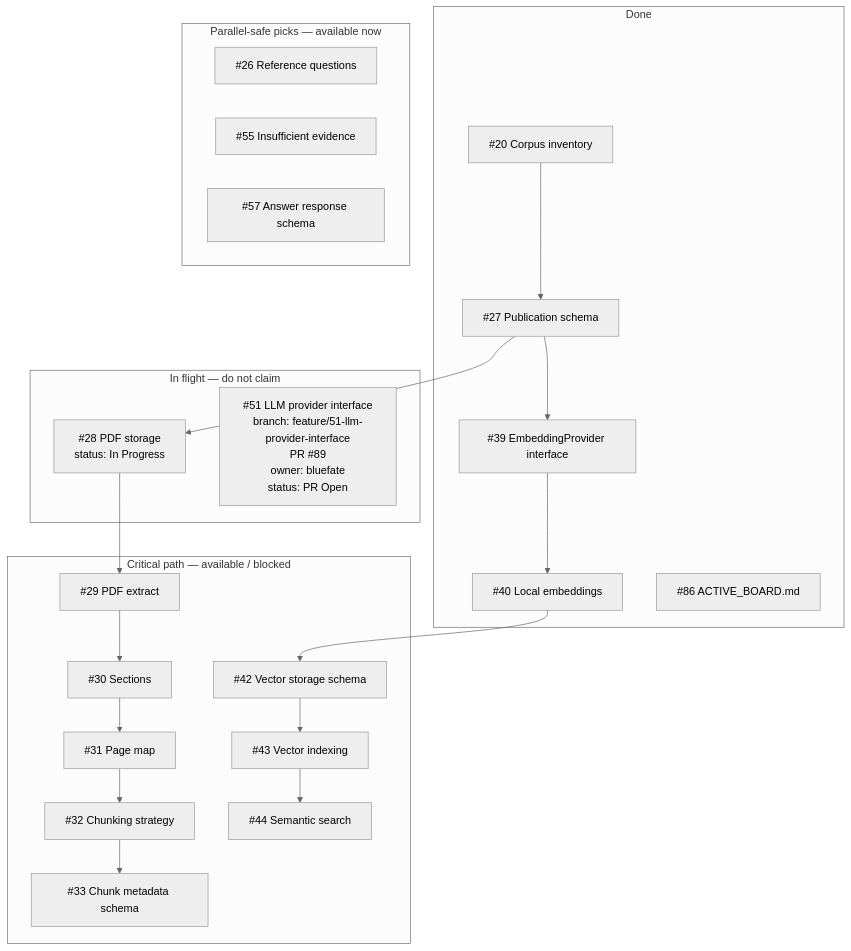
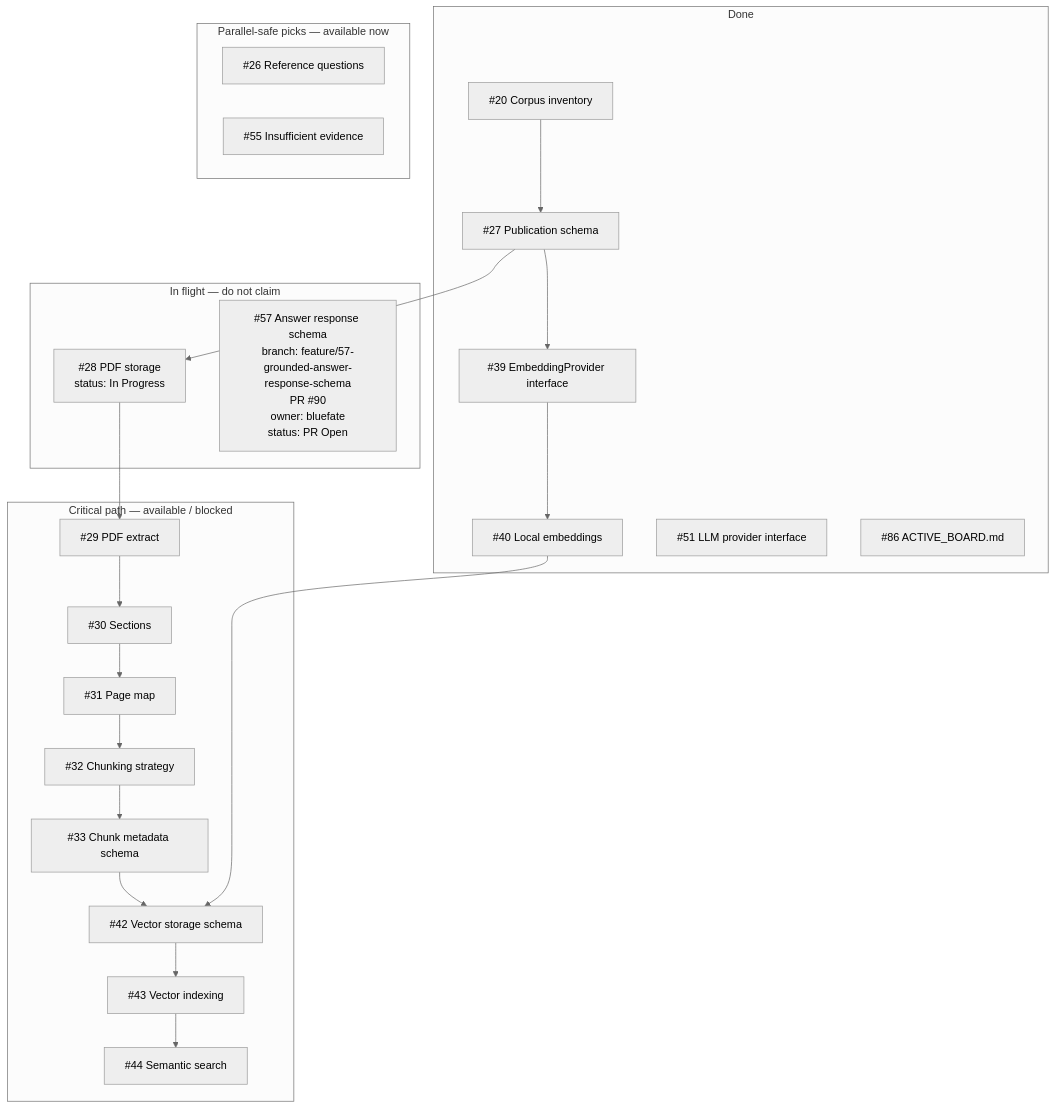
The diagram in docs/development/ACTIVE_BOARD.md (bluefate/spacebio-evidence-engine), drawn with Mermaid (neutral theme) before and after one commit. The commit also changed other lines of this file, not shown here.

````diff
--- a/docs/development/ACTIVE_BOARD.md
+++ b/docs/development/ACTIVE_BOARD.md
@@ -61,41 +61,42 @@
 ```mermaid
 flowchart TB
   subgraph done [Done]
     i20["#20 Corpus inventory"]
     i27["#27 Publication schema"]
     i39["#39 EmbeddingProvider interface"]
     i40["#40 Local embeddings"]
+    i51["#51 LLM provider interface"]
     i86["#86 ACTIVE_BOARD.md"]
   end
   subgraph inflight [In flight — do not claim]
     i28["#28 PDF storage<br/>status: In Progress"]
-    i51["#51 LLM provider interface<br/>branch: feature/51-llm-provider-interface<br/>PR #89<br/>owner: bluefate<br/>status: PR Open"]
+    i57["#57 Answer response schema<br/>branch: feature/57-grounded-answer-response-schema<br/>PR #90<br/>owner: bluefate<br/>status: PR Open"]
   end
   subgraph nextCritical [Critical path — available / blocked]
     i29["#29 PDF extract"]
     i30["#30 Sections"]
     i31["#31 Page map"]
     i32["#32 Chunking strategy"]
     i33["#33 Chunk metadata schema"]
     i42["#42 Vector storage schema"]
     i43["#43 Vector indexing"]
     i44["#44 Semantic search"]
   end
   subgraph nextParallel [Parallel-safe picks — available now]
     i26["#26 Reference questions"]
     i55["#55 Insufficient evidence"]
-    i57["#57 Answer response schema"]
   end
   i20 --> i27
   i27 --> i28
   i28 --> i29
   i29 --> i30
   i30 --> i31
   i31 --> i32
   i32 --> i33
+  i33 --> i42
   i27 --> i39
   i39 --> i40
   i40 --> i42
   i42 --> i43
   i43 --> i44
 ```
````
